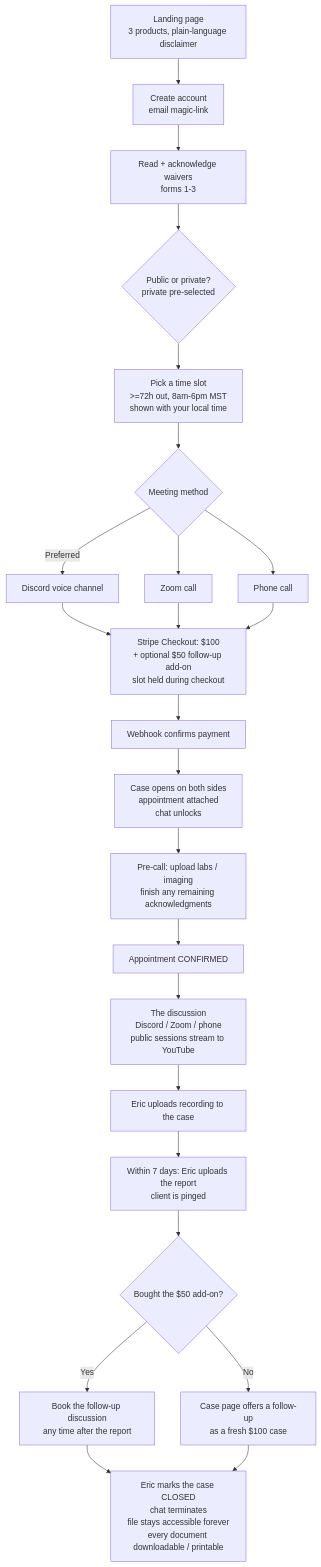
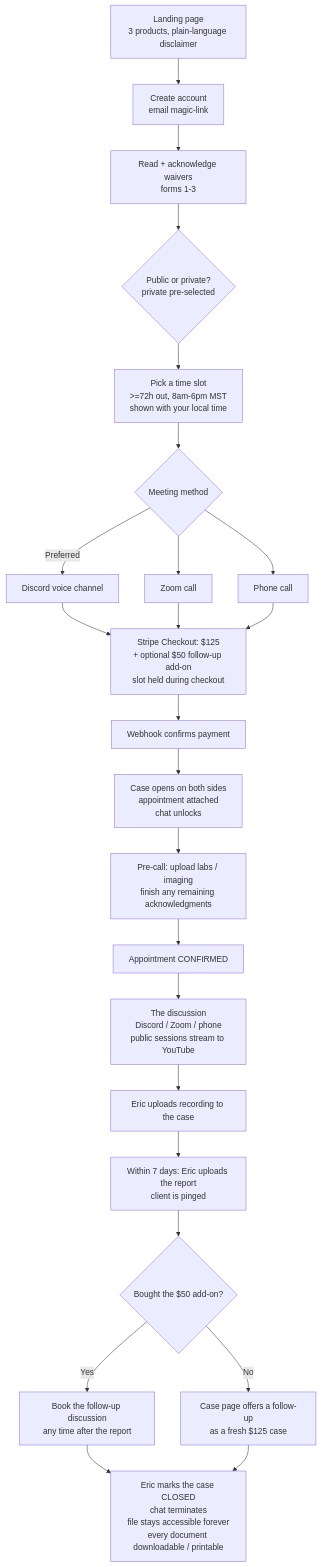
Before and after one commit to ebleach2010/Pocket-Advocate: the diagram in SPEC.md, drawn with Mermaid. The commit also changed other lines of this file and 35 other files, not shown here.

````diff
--- a/SPEC.md
+++ b/SPEC.md
@@ -115,26 +115,26 @@
 ```mermaid
 flowchart TD
     L[Landing page\n3 products, plain-language disclaimer] --> ACct[Create account\nemail magic-link]
     ACct --> W[Read + acknowledge waivers\nforms 1-3]
     W --> PP{Public or private?\nprivate pre-selected}
     PP --> SLOT[Pick a time slot\n>=72h out, 8am-6pm MST\nshown with your local time]
     SLOT --> METHOD{Meeting method}
     METHOD -->|Preferred| DIS[Discord voice channel]
     METHOD --> ZOOM[Zoom call]
     METHOD --> PHONE[Phone call]
-    DIS --> PAY[Stripe Checkout: $100\n+ optional $50 follow-up add-on\nslot held during checkout]
+    DIS --> PAY[Stripe Checkout: $125\n+ optional $50 follow-up add-on\nslot held during checkout]
     ZOOM --> PAY
     PHONE --> PAY
     PAY --> HOOK[Webhook confirms payment]
     HOOK --> CASE[Case opens on both sides\nappointment attached\nchat unlocks]
     CASE --> PRE[Pre-call: upload labs / imaging\nfinish any remaining acknowledgments]
     PRE --> CONF[Appointment CONFIRMED]
     CONF --> CALL[The discussion\nDiscord / Zoom / phone\npublic sessions stream to YouTube]
     CALL --> REC[Eric uploads recording to the case]
     REC --> RPT[Within 7 days: Eric uploads the report\nclient is pinged]
     RPT --> FU{Bought the $50 add-on?}
     FU -->|Yes| FUCALL[Book the follow-up discussion\nany time after the report]
-    FU -->|No| OFFER[Case page offers a follow-up\nas a fresh $100 case]
+    FU -->|No| OFFER[Case page offers a follow-up\nas a fresh $125 case]
     FUCALL --> CLOSE
     OFFER --> CLOSE[Eric marks the case CLOSED\nchat terminates\nfile stays accessible forever\nevery document downloadable / printable]
 ```
````
